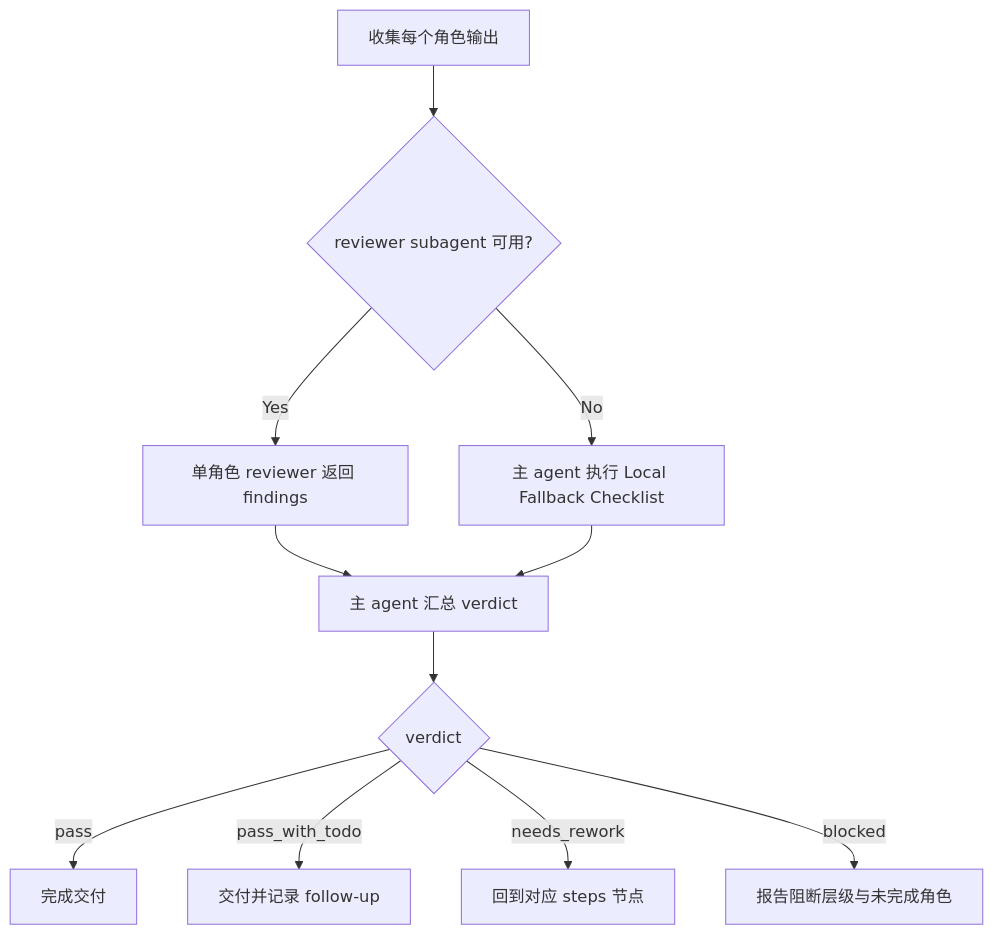
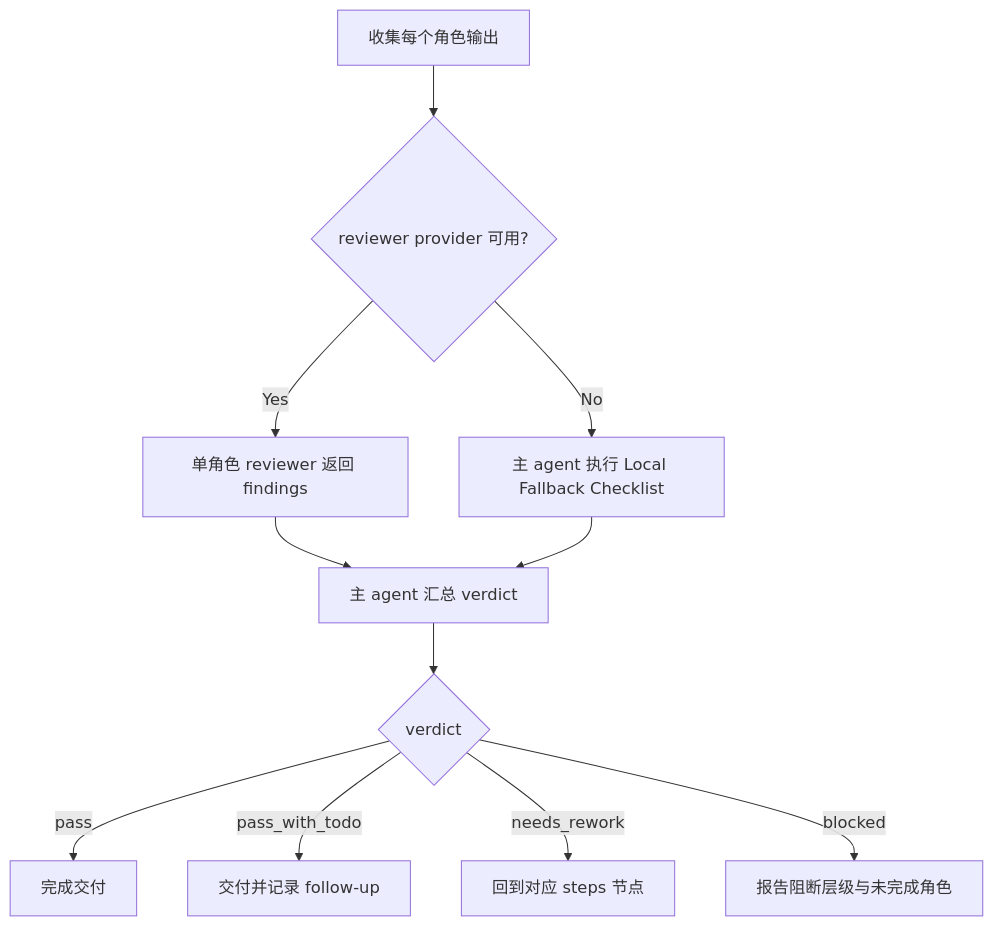
One commit to ZEN-VOID/AI-CUT changed the diagram in .agents/skills/aigc/7-设计/角色/3-生成/review/review-contract.md. Above: the diagram before and after it, drawn with Mermaid. The commit also changed other lines of this file and 137 other files, not shown here.

````diff
--- a/.agents/skills/aigc/7-设计/角色/3-生成/review/review-contract.md
+++ b/.agents/skills/aigc/7-设计/角色/3-生成/review/review-contract.md
@@ -71,13 +71,13 @@
 ```mermaid
 flowchart TD
-    A["收集每个角色输出"] --> B{"reviewer subagent 可用?"}
+    A["收集每个角色输出"] --> B{"reviewer provider 可用?"}
     B -->|"Yes"| C["单角色 reviewer 返回 findings"]
     B -->|"No"| D["主 agent 执行 Local Fallback Checklist"]
     C --> E["主 agent 汇总 verdict"]
     D --> E
     E --> F{"verdict"}
     F -->|"pass"| G["完成交付"]
     F -->|"pass_with_todo"| H["交付并记录 follow-up"]
     F -->|"needs_rework"| I["回到对应 steps 节点"]
     F -->|"blocked"| J["报告阻断层级与未完成角色"]
 ```
````
